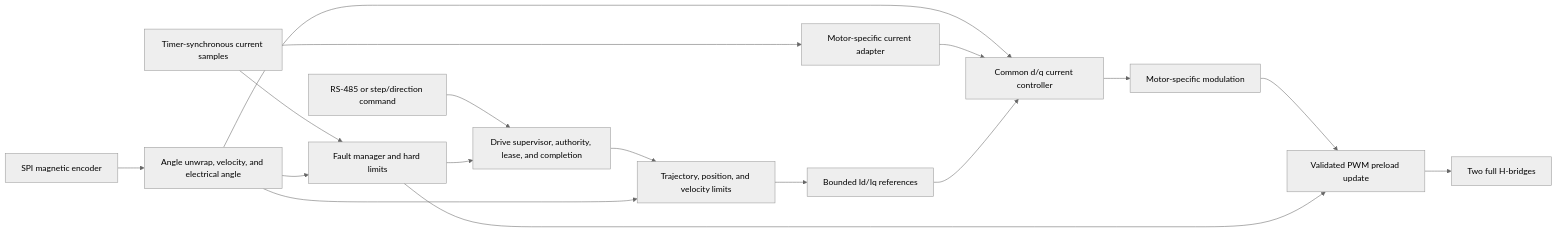
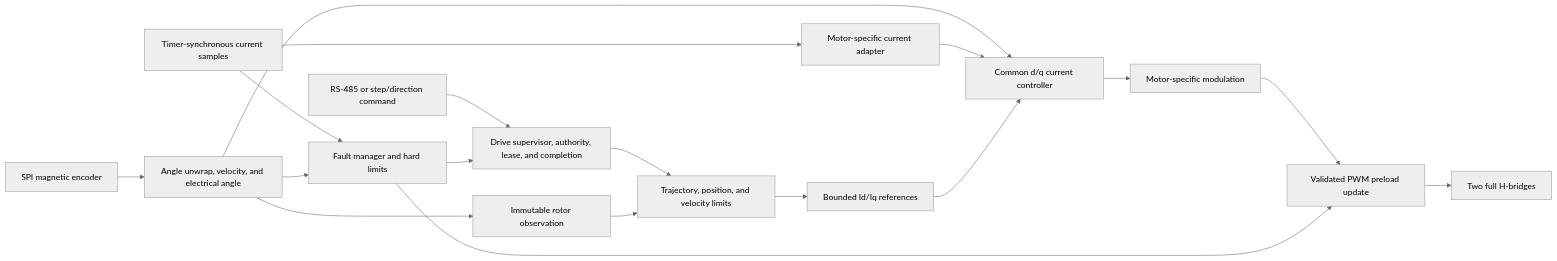
The diagram in docs/ARCHITECTURE.md (earlynerd/SERVO57D-firmware), drawn with Mermaid (neutral theme) before and after one commit. The commit also changed other lines of this file and 38 other files, not shown here.

````diff
--- a/docs/ARCHITECTURE.md
+++ b/docs/ARCHITECTURE.md
@@ -163,19 +165,20 @@
 ```mermaid
 flowchart LR
     CMD["RS-485 or step/direction command"] --> AUTH["Drive supervisor, authority, lease, and completion"]
     AUTH --> MOTION["Trajectory, position, and velocity limits"]
     ENC["SPI magnetic encoder"] --> EST["Angle unwrap, velocity, and electrical angle"]
-    EST --> MOTION
+    EST --> OBS["Immutable rotor observation"]
+    OBS --> MOTION
     EST --> CURRENT
     MOTION --> IQ["Bounded Id/Iq references"]
     ADC["Timer-synchronous current samples"] --> ADAPT["Motor-specific current adapter"]
     ADAPT --> CURRENT["Common d/q current controller"]
     IQ --> CURRENT
     CURRENT --> MOD["Motor-specific modulation"]
     MOD --> PWM["Validated PWM preload update"]
     PWM --> BRIDGE["Two full H-bridges"]
     SAFE["Fault manager and hard limits"] --> PWM
     SAFE --> AUTH
     ADC --> SAFE
     EST --> SAFE
 ```
````
